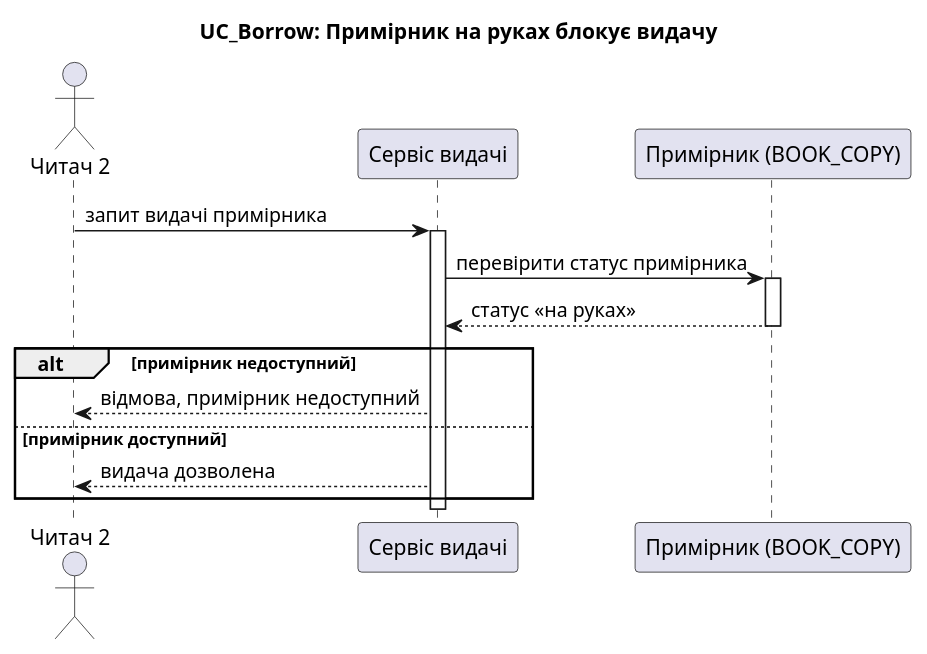
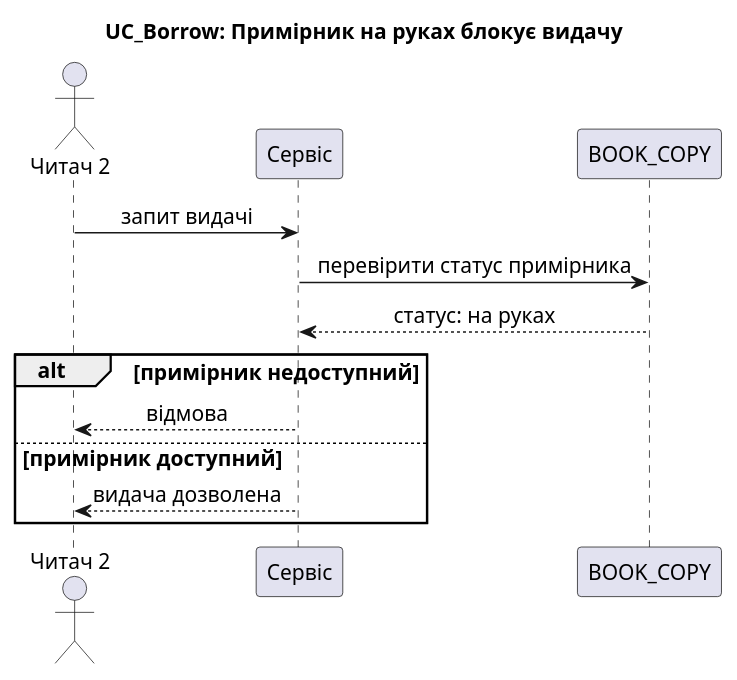
The fifth of 5 diagrams in task-3/sequence.puml (veronikapaschenkor29-png/Library-Modeling-and-Analysis-of-Software-Requirements), drawn with PlantUML before and after one commit. The commit also changed other lines of this file and 1 other file, not shown here.

First line of the commit message:
docs(task-3): remove activation bars from sequence diagrams

```diff
--- a/task-3/sequence.puml
+++ b/task-3/sequence.puml
@@ -94,18 +80,16 @@
 @startuml S5_Copy_Blocked
+skinparam sequenceMessageAlign center
+skinparam defaultFontSize 14
 title UC_Borrow: Примірник на руках блокує видачу
 actor "Читач 2" as R2
-participant "Сервіс видачі" as S
-participant "Примірник (BOOK_COPY)" as C
-R2 -> S : запит видачі примірника
-activate S
+participant "Сервіс" as S
+participant "BOOK_COPY" as C
+R2 -> S : запит видачі
 S -> C : перевірити статус примірника
-activate C
-C --> S : статус «на руках»
-deactivate C
+C --> S : статус: на руках
 alt примірник недоступний
-  S --> R2 : відмова, примірник недоступний
+  S --> R2 : відмова
 else примірник доступний
   S --> R2 : видача дозволена
 end
-deactivate S
 @enduml
```
